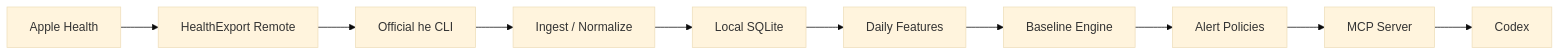
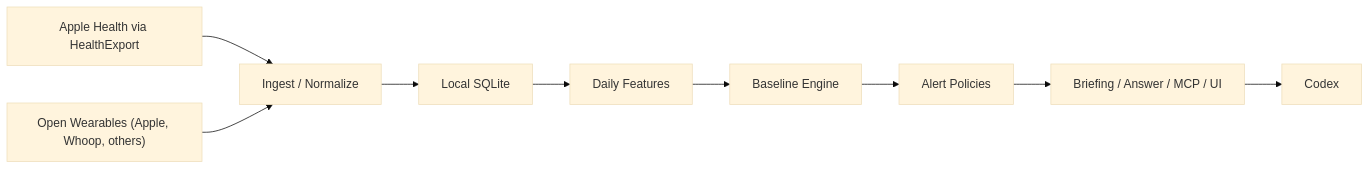
The diagram in README.md (kuzeze/VitalClaw), drawn with Mermaid (base theme) before and after one commit. The commit also changed other lines of this file and 10 other files, not shown here.

Commit message:
Add self-hosted Open Wearables integration

````diff
--- a/README.md
+++ b/README.md
@@ -118,12 +131,11 @@
 ```mermaid
 flowchart LR
-    A["Apple Health"] --> B["HealthExport Remote"]
-    B --> C["Official he CLI"]
-    C --> D["Ingest / Normalize"]
+    A["Apple Health via HealthExport"] --> D["Ingest / Normalize"]
+    B["Open Wearables (Apple, Whoop, others)"] --> D
     D --> E["Local SQLite"]
     E --> F["Daily Features"]
     F --> G["Baseline Engine"]
     G --> H["Alert Policies"]
-    H --> I["MCP Server"]
+    H --> I["Briefing / Answer / MCP / UI"]
     I --> J["Codex"]
 ```
````
